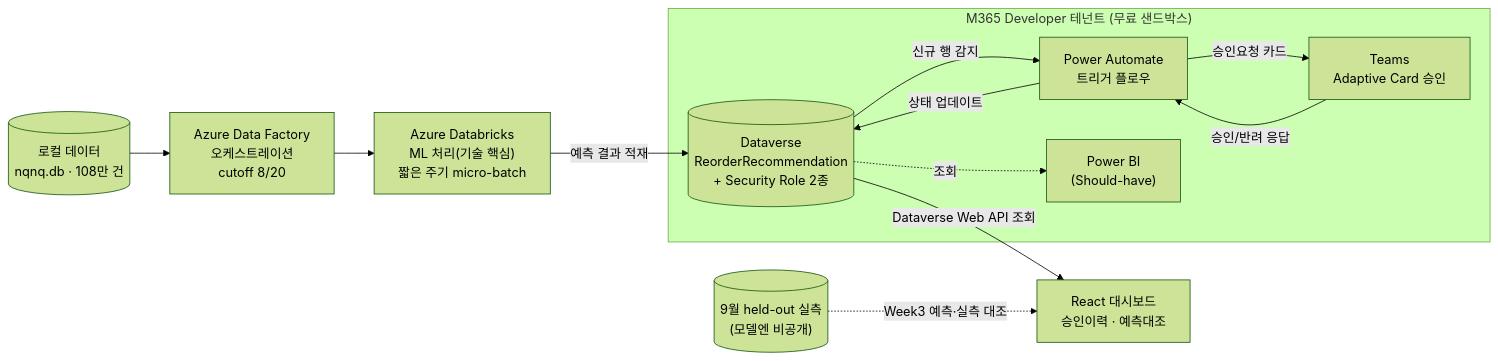
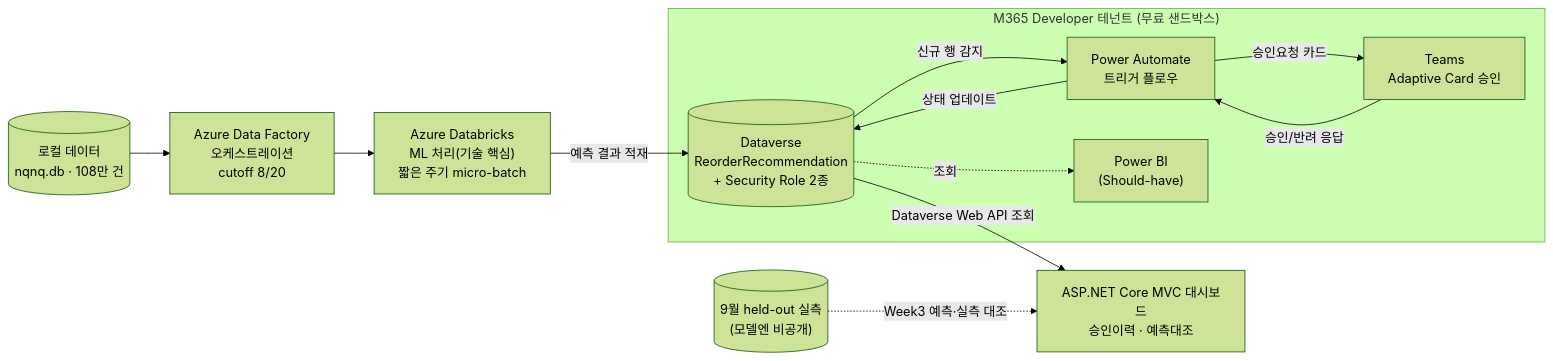
One commit to nklee-git/MS_2nd_Project_Team changed the first of 2 diagrams in 10.PLANNING/17. 기술조사보고서.md. Above: the diagram before and after it, drawn with Mermaid (forest theme). The commit also changed other lines of this file and 16 other files, not shown here.

````diff
--- a/10.PLANNING/17. 기술조사보고서.md
+++ b/10.PLANNING/17. 기술조사보고서.md
@@ -138,25 +138,25 @@
 ```mermaid
 flowchart LR
     src[("로컬 데이터<br/>nqnq.db · 108만 건")]
     df["Azure Data Factory<br/>오케스트레이션<br/>cutoff 8/20"]
     ml["Azure Databricks<br/>ML 처리(기술 핵심)<br/>짧은 주기 micro-batch"]
 
     subgraph tenant["M365 Developer 테넌트 (무료 샌드박스)"]
         dv[("Dataverse<br/>ReorderRecommendation<br/>+ Security Role 2종")]
         pa["Power Automate<br/>트리거 플로우"]
         teams["Teams<br/>Adaptive Card 승인"]
         bi["Power BI<br/>(Should-have)"]
     end
 
-    dash["React 대시보드<br/>승인이력 · 예측대조"]
+    dash["ASP.NET Core MVC 대시보드<br/>승인이력 · 예측대조"]
     holdout[("9월 held-out 실측<br/>(모델엔 비공개)")]
 
     src --> df --> ml -->|예측 결과 적재| dv
     dv -->|신규 행 감지| pa
     pa -->|승인요청 카드| teams
     teams -->|승인/반려 응답| pa
     pa -->|상태 업데이트| dv
     dv -.조회.-> bi
     dv -->|Dataverse Web API 조회| dash
     holdout -.Week3 예측·실측 대조.-> dash
 ```
````
